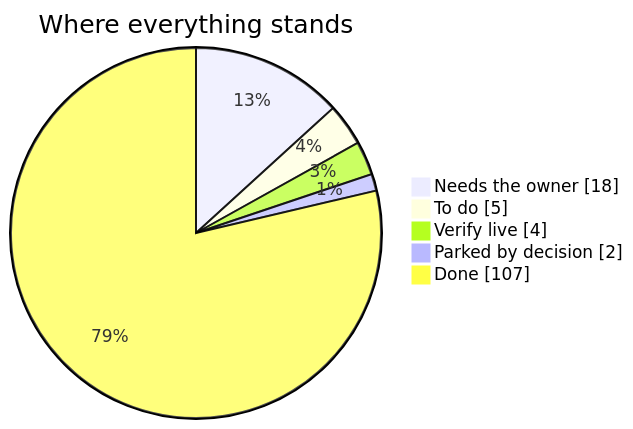
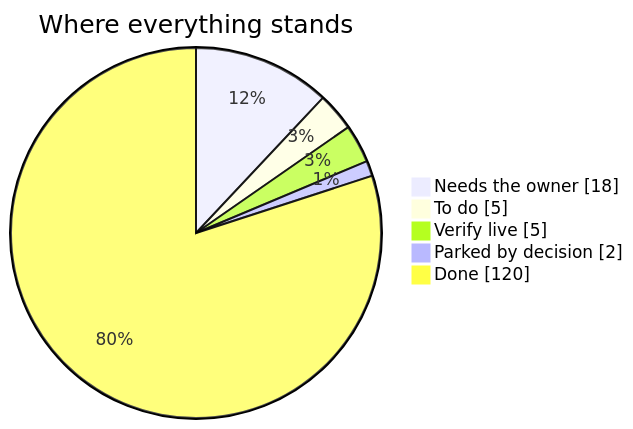
One commit to divitkej/gradlink changed the diagram in launch-board/README.md. Above: the diagram before and after it, drawn with Mermaid. The commit also changed other lines of this file and 4 other files, not shown here.

````diff
--- a/launch-board/README.md
+++ b/launch-board/README.md
@@ -11,9 +11,9 @@
 ```mermaid
 pie showData
   title Where everything stands
   "Needs the owner" : 18
   "To do" : 5
-  "Verify live" : 4
+  "Verify live" : 5
   "Parked by decision" : 2
-  "Done" : 107
+  "Done" : 120
 ```
````
